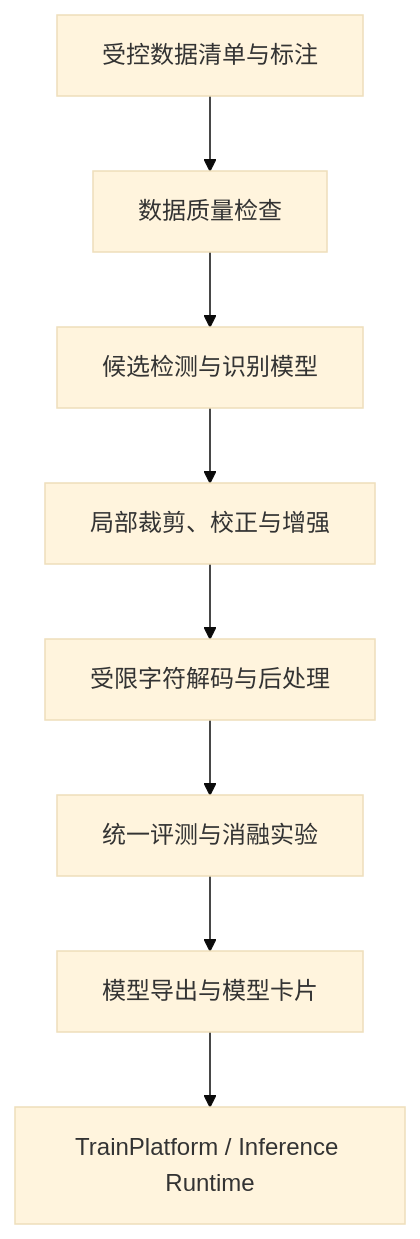
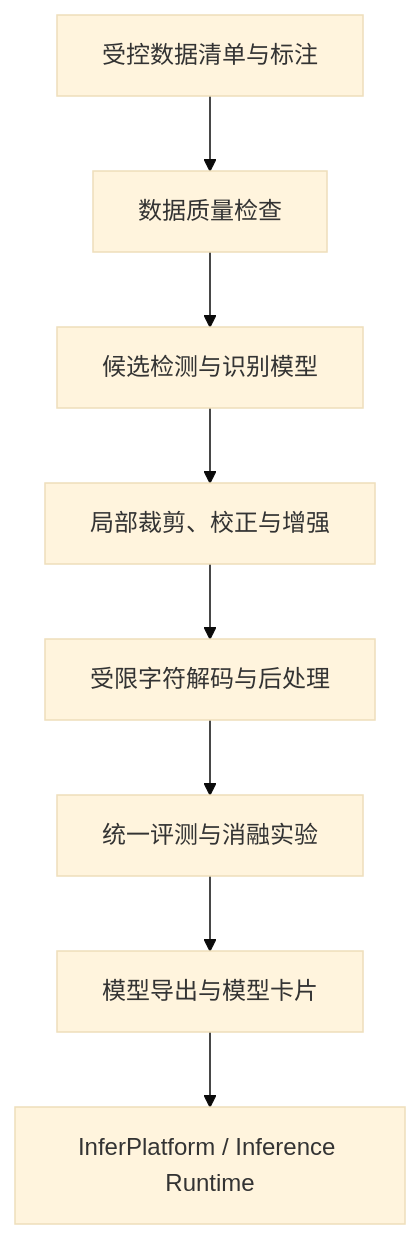
The diagram in README.md (QingMouFoodDate/ModelTrain), drawn with Mermaid (base theme) before and after one commit. The commit also changed other lines of this file, not shown here.

````diff
--- a/README.md
+++ b/README.md
@@ -35,10 +37,10 @@
 ```mermaid
 flowchart TD
     A["受控数据清单与标注"] --> B["数据质量检查"]
     B --> C["候选检测与识别模型"]
     C --> D["局部裁剪、校正与增强"]
     D --> E["受限字符解码与后处理"]
     E --> F["统一评测与消融实验"]
     F --> G["模型导出与模型卡片"]
-    G --> H["TrainPlatform / Inference Runtime"]
+    G --> H["InferPlatform / Inference Runtime"]
 ```
````
